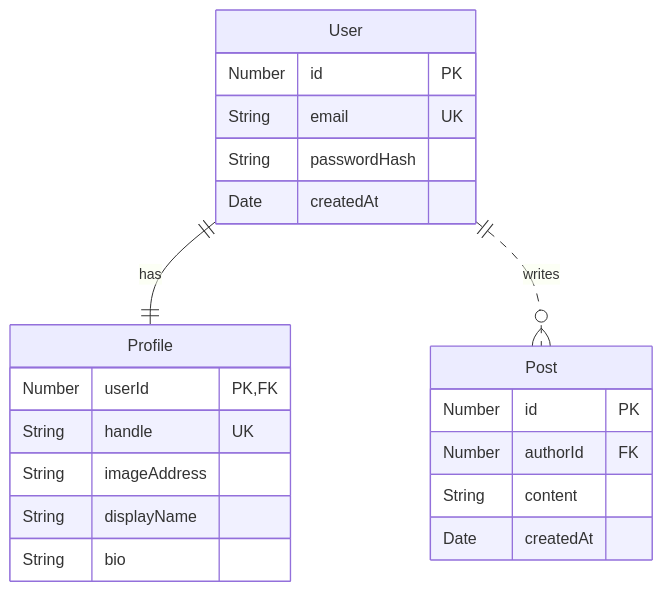
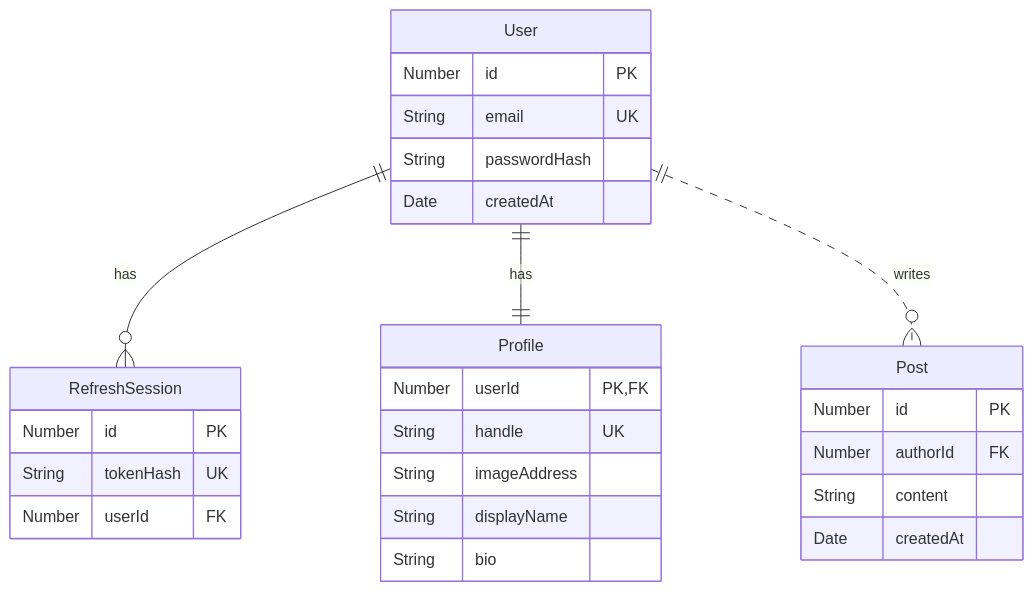
Before and after one commit to eudooyoung/odin-book: the eighth of 8 diagrams in docs/PLAN.md, drawn with Mermaid. The commit also changed 5 other files, not shown here.

Commit message:
db(refresh-session): add model with basic fields

````diff
--- a/docs/PLAN.md
+++ b/docs/PLAN.md
@@ -256,25 +256,31 @@
 ```mermaid
 erDiagram
+    User ||--o{ RefreshSession: has
     User ||--|| Profile: has
     User ||..o{ Post: writes
 
     User {
         Number id PK
         String email UK
         String passwordHash
         Date createdAt
     }
     Profile{
         Number userId PK, FK
         String handle UK
         String imageAddress
         String displayName
         String bio
     }
     Post {
         Number id PK
         Number authorId FK
         String content
         Date createdAt
     }
+    RefreshSession {
+        Number id PK
+        String tokenHash UK
+        Number userId FK
+    }
 ```
````
